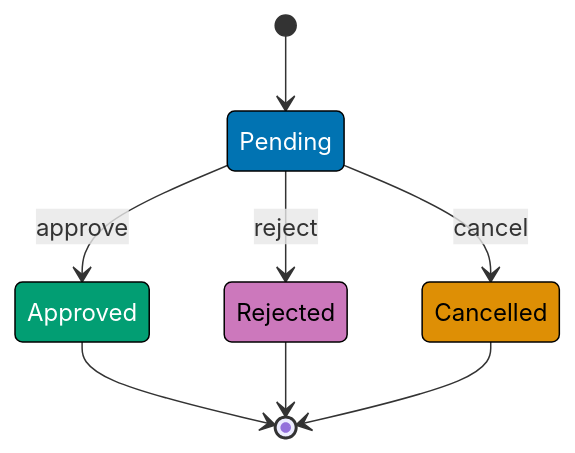
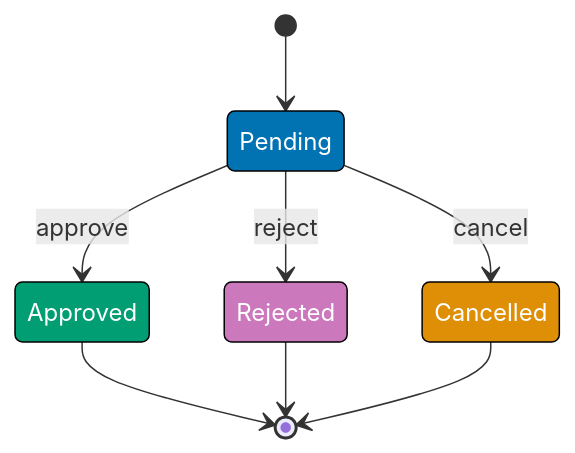
One commit to wahidyankf/open-sharia-enterprise changed the sixth of 7 diagrams in apps/ayokoding-web/content/en/learn/software-engineering/architecture/finite-state-machine-fsm/by-example/beginner.md. Above: the diagram before and after it, drawn with Mermaid. The commit also changed other lines of this file and 61 other files, not shown here.

First line of the commit message:
fix(ayokoding-web): quote Mermaid node labels with special characters in Example 63

````diff
--- a/apps/ayokoding-web/content/en/learn/software-engineering/architecture/finite-state-machine-fsm/by-example/beginner.md
+++ b/apps/ayokoding-web/content/en/learn/software-engineering/architecture/finite-state-machine-fsm/by-example/beginner.md
@@ -492,20 +492,20 @@
 ```mermaid
 stateDiagram-v2
     [*] --> Pending
     Pending --> Approved: approve
     Pending --> Rejected: reject
     Pending --> Cancelled: cancel
     Approved --> [*]
     Rejected --> [*]
     Cancelled --> [*]
 
     classDef pendingState fill:#0173B2,stroke:#000,color:#fff
     classDef approvedState fill:#029E73,stroke:#000,color:#fff
-    classDef rejectedState fill:#CC78BC,stroke:#000,color:#000
-    classDef cancelledState fill:#DE8F05,stroke:#000,color:#000
+    classDef rejectedState fill:#CC78BC,stroke:#000,color:#fff
+    classDef cancelledState fill:#DE8F05,stroke:#000,color:#fff
 
     class Pending pendingState
     class Approved approvedState
     class Rejected rejectedState
     class Cancelled cancelledState
 ```
````
